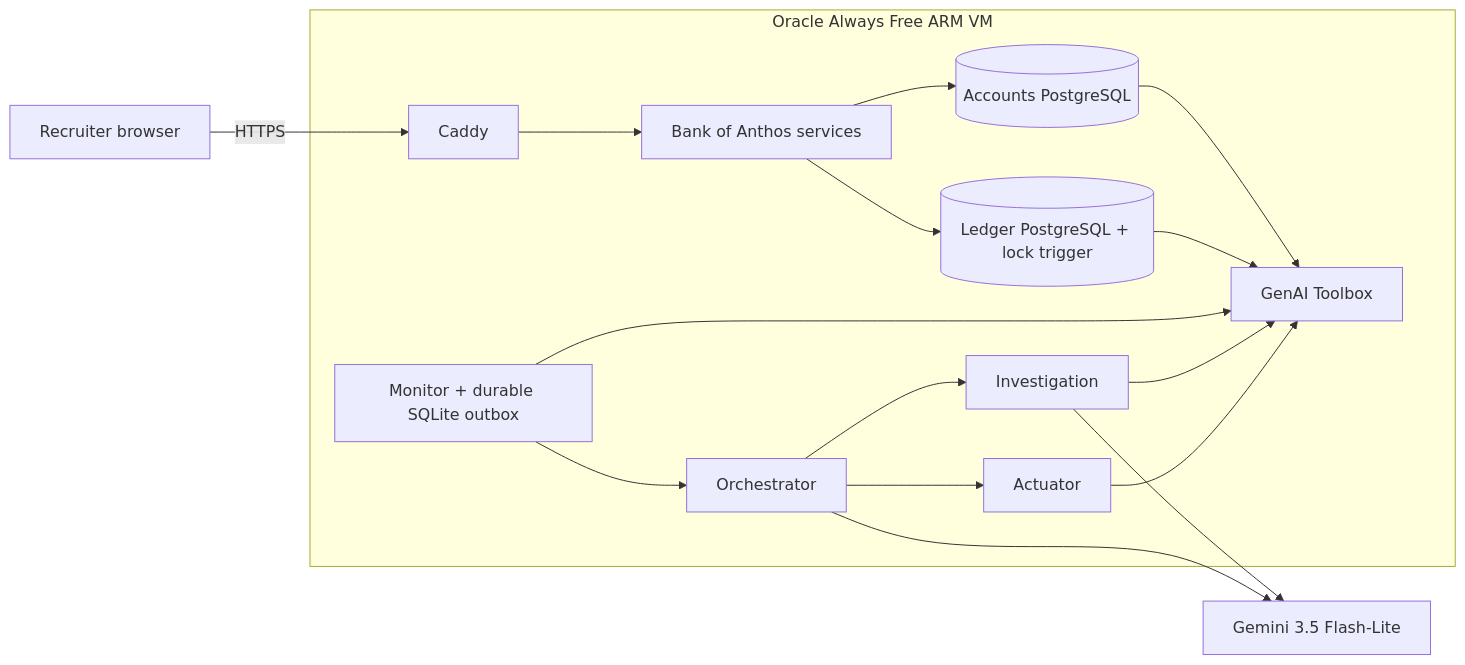
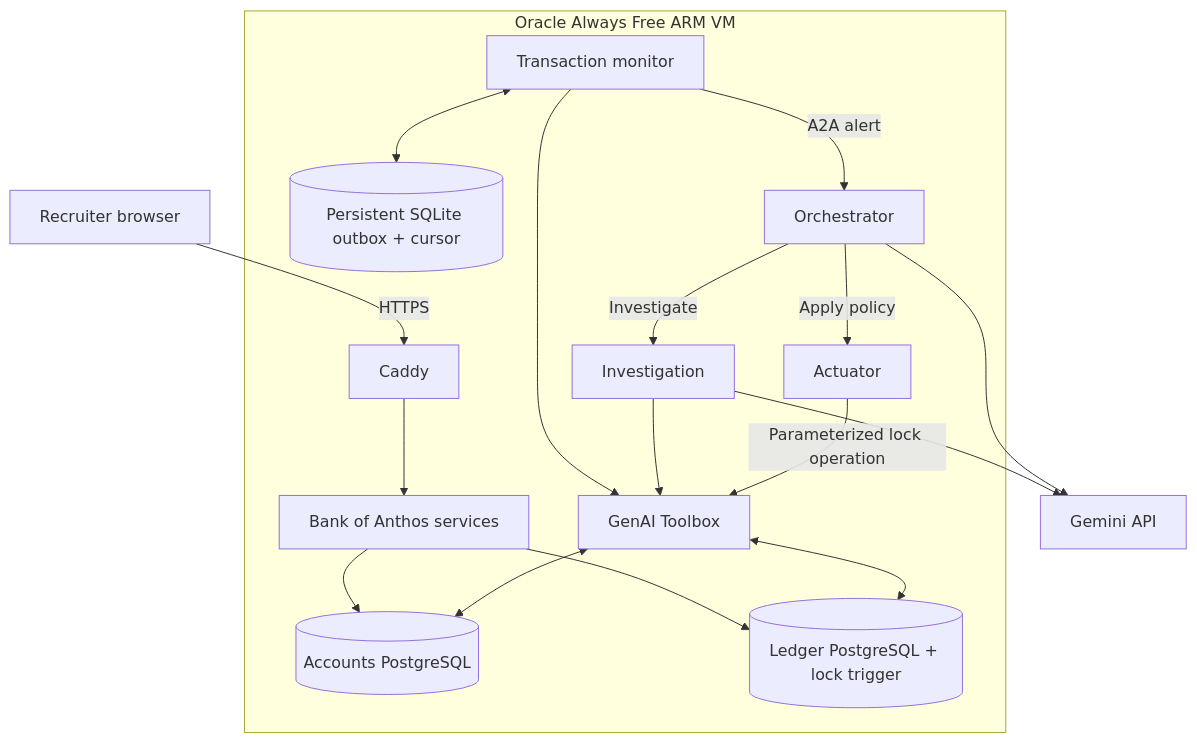
The second of 5 diagrams in README.md (dgexplores/vigil), drawn with Mermaid before and after one commit. The commit also changed other lines of this file, not shown here.

````diff
--- a/README.md
+++ b/README.md
@@ -50,19 +70,20 @@
 ```mermaid
-flowchart LR
+flowchart TB
     Browser[Recruiter browser] -->|HTTPS| Caddy
-    subgraph Oracle[Oracle Always Free ARM VM]
+    subgraph OCI[Oracle Always Free ARM VM]
         Caddy --> Bank[Bank of Anthos services]
         Bank --> Accounts[(Accounts PostgreSQL)]
         Bank --> Ledger[(Ledger PostgreSQL + lock trigger)]
-        Accounts --> Toolbox[GenAI Toolbox]
-        Ledger --> Toolbox
-        Monitor[Monitor + durable SQLite outbox] --> Toolbox
-        Monitor --> Orchestrator
-        Orchestrator --> Investigation
+        Toolbox[GenAI Toolbox] <--> Accounts
+        Toolbox <--> Ledger
+        Monitor[Transaction monitor] --> Toolbox
+        Monitor <--> Outbox[(Persistent SQLite outbox + cursor)]
+        Monitor -->|A2A alert| Orchestrator
+        Orchestrator -->|Investigate| Investigation
         Investigation --> Toolbox
-        Orchestrator --> Actuator
-        Actuator --> Toolbox
+        Orchestrator -->|Apply policy| Actuator
+        Actuator -->|Parameterized lock operation| Toolbox
     end
-    Investigation --> Gemini[Gemini 3.5 Flash-Lite]
+    Investigation --> Gemini[Gemini API]
     Orchestrator --> Gemini
 ```
````
